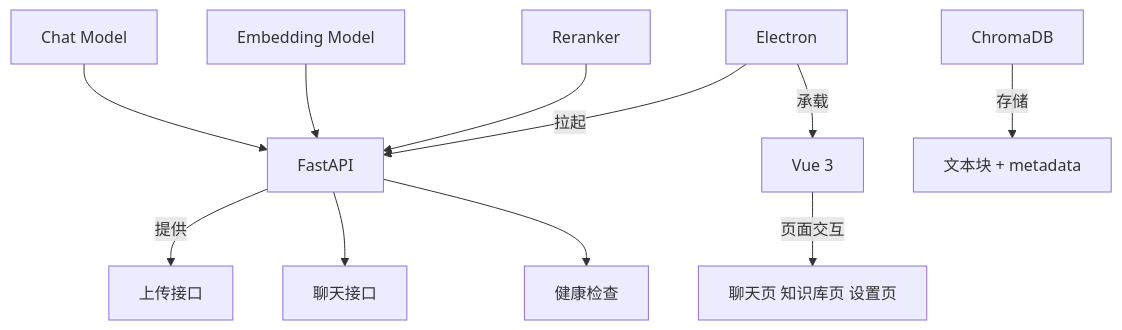
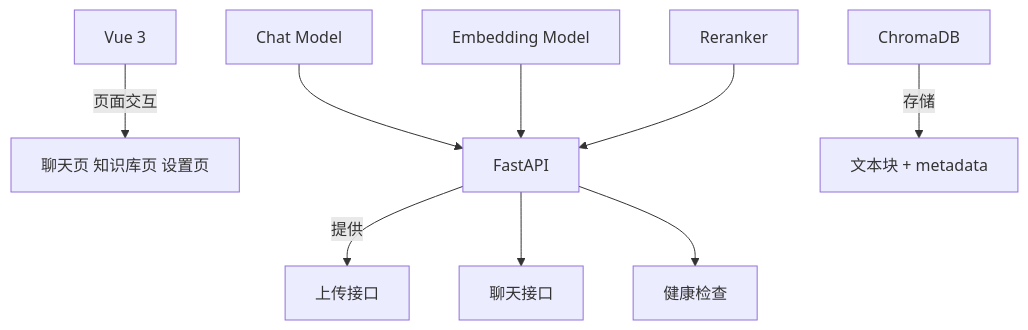
The second of 5 diagrams in docs/项目功能解析与实践总结.md (emotion-exit/rag-agent), drawn with Mermaid before and after one commit. The commit also changed other lines of this file and 18 other files, not shown here.

````diff
--- a/docs/项目功能解析与实践总结.md
+++ b/docs/项目功能解析与实践总结.md
@@ -38,13 +36,11 @@
 ```mermaid
 flowchart TD
 	A[Vue 3] -->|页面交互| B[聊天页 知识库页 设置页]
 	C[FastAPI] -->|提供| D[上传接口]
 	C --> E[聊天接口]
 	C --> F[健康检查]
 	G[ChromaDB] -->|存储| H[文本块 + metadata]
 	I[Chat Model] --> C
 	J[Embedding Model] --> C
 	K[Reranker] --> C
-	L[Electron] -->|承载| A
-	L -->|拉起| C
 ```
````
